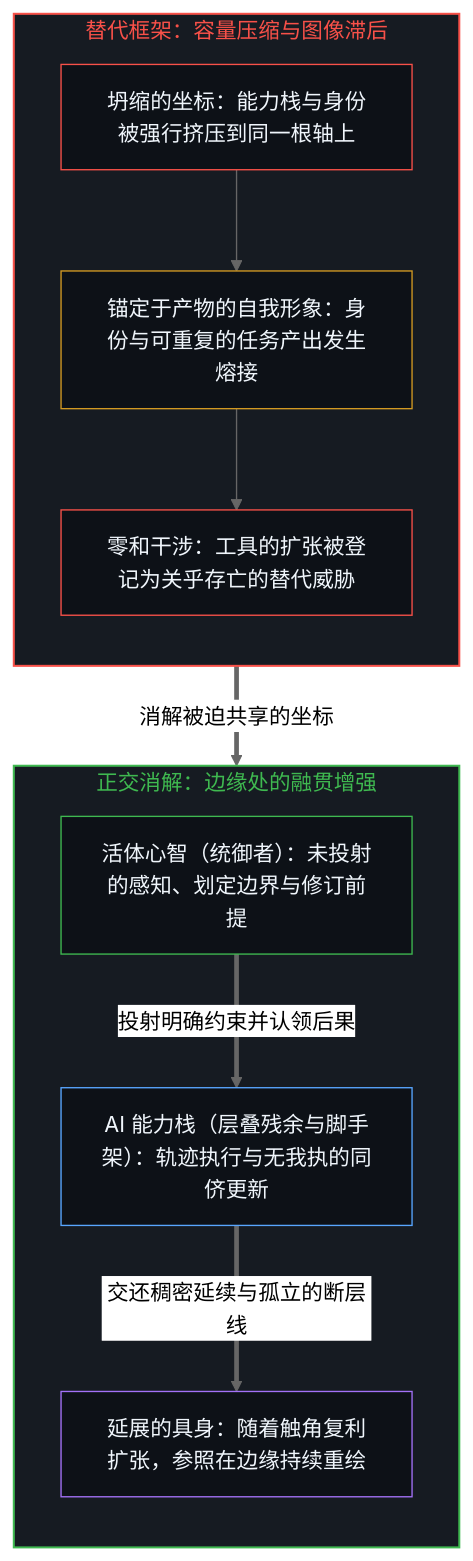
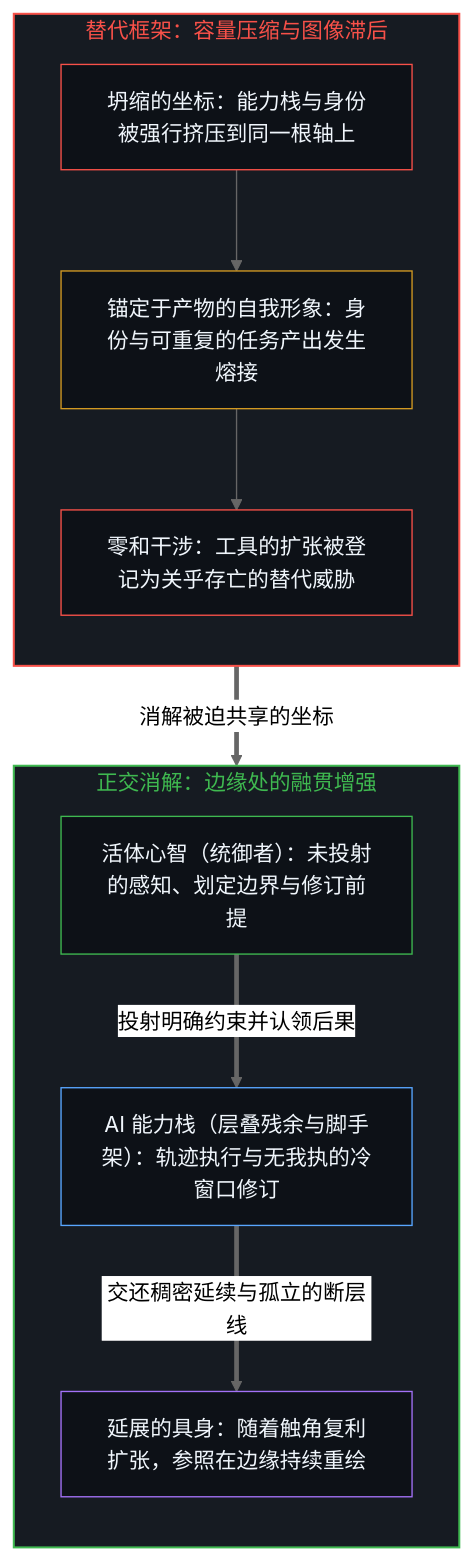
Before and after one commit to powerpig99/not-a-toe: the first of 2 diagrams in content/posts/ai-as-augmentation.md, drawn with Mermaid (neutral theme). The commit also changed other lines of this file and 48 other files, not shown here.

````diff
--- a/content/posts/ai-as-augmentation.md
+++ b/content/posts/ai-as-augmentation.md
@@ -55,30 +55,27 @@
 ```mermaid
 flowchart TD
     subgraph S_Collapse["替代框架：容量压缩与图像滞后"]
         direction TB
         Fuse["坍缩的坐标：能力栈与身份被强行挤压到同一根轴上"]
         Anchor["锚定于产物的自我形象：身份与可重复的任务产出发生熔接"]
         Threat["零和干涉：工具的扩张被登记为关乎存亡的替代威胁"]
         Fuse --> Anchor --> Threat
     end
-
     subgraph S_Augment["正交消解：边缘处的融贯增强"]
         direction TB
         Mind["活体心智（统御者）：未投射的感知、划定边界与修订前提"]
-        Stack["AI 能力栈（层叠残余与脚手架）：轨迹执行与无我执的同侪更新"]
+        Stack["AI 能力栈（层叠残余与脚手架）：轨迹执行与无我执的冷窗口修订"]
         Reach["延展的具身：随着触角复利扩张，参照在边缘持续重绘"]
         Mind ==>|"投射明确约束并认领后果"| Stack
         Stack ==>|"交还稠密延续与孤立的断层线"| Reach
     end
-
     Threat ==>|"消解被迫共享的坐标"| Mind
-
     style S_Collapse fill:#161b22,stroke:#f85149,stroke-width:1.5px,color:#f85149
     style S_Augment fill:#161b22,stroke:#3fb950,stroke-width:1.5px,color:#3fb950
     style Fuse fill:#0d1117,stroke:#f85149,stroke-width:1px,color:#f0f6fc
     style Anchor fill:#0d1117,stroke:#d29922,stroke-width:1px,color:#f0f6fc
     style Threat fill:#0d1117,stroke:#f85149,stroke-width:1px,color:#f0f6fc
     style Mind fill:#0d1117,stroke:#3fb950,stroke-width:1px,color:#f0f6fc
     style Stack fill:#0d1117,stroke:#58a6ff,stroke-width:1px,color:#f0f6fc
     style Reach fill:#0d1117,stroke:#a371f7,stroke-width:1px,color:#f0f6fc
 ```
````
